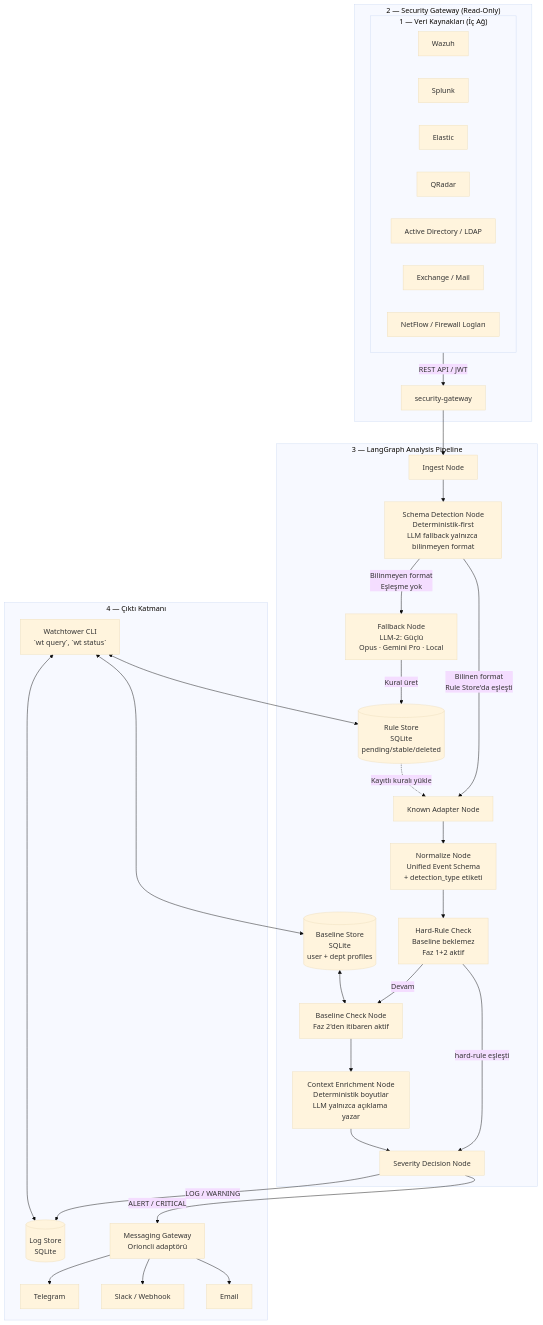
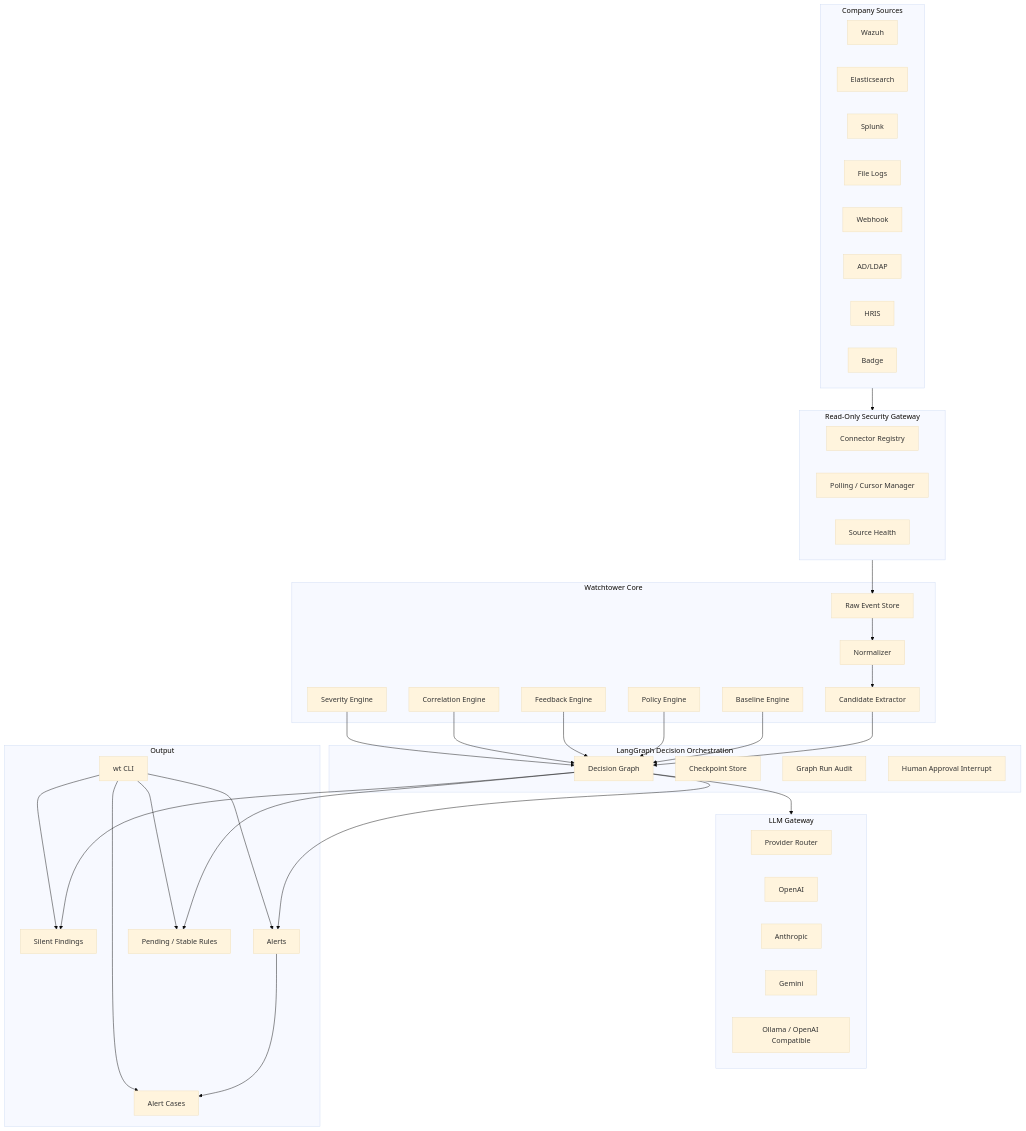
Before and after one commit to caglarkc/watchtower-demo: the diagram in watchtower-master-plan.md, drawn with Mermaid (base theme). The commit also changed other lines of this file and 5 other files, not shown here.

````diff
--- a/watchtower-master-plan.md
+++ b/watchtower-master-plan.md
@@ -115,38 +249,69 @@
 ```mermaid
 graph TD
-    subgraph Sources["1 — Veri Kaynakları (İç Ağ)"]
-        W[Wazuh] & SP[Splunk] & EL[Elastic] & QR[QRadar]
-        AD[Active Directory / LDAP] & MX[Exchange / Mail]
-        NF[NetFlow / Firewall Logları]
+    subgraph Sources["Company Sources"]
+        WZ[Wazuh]
+        ES[Elasticsearch]
+        SP[Splunk]
+        FL[File Logs]
+        WH[Webhook]
+        AD[AD/LDAP]
+        HR[HRIS]
+        BG[Badge]
     end
 
-    subgraph Gateway["2 — Security Gateway (Read-Only)"]
-        Sources -- "REST API / JWT" --> SG[security-gateway]
+    subgraph Gateway["Read-Only Security Gateway"]
+        CON[Connector Registry]
+        POLL[Polling / Cursor Manager]
+        HEALTH[Source Health]
     end
 
-    subgraph Pipeline["3 — LangGraph Analysis Pipeline"]
-        SG --> IN[Ingest Node]
-        IN --> SD[Schema Detection Node\nDeterministik-first\nLLM fallback yalnızca bilinmeyen format]
-
-        SD -- "Bilinen format\nRule Store'da eşleşti" --> KA[Known Adapter Node]
-        SD -- "Bilinmeyen format\nEşleşme yok" --> FB[Fallback Node\nLLM-2: Güçlü\nOpus · Gemini Pro · Local]
-
-        FB -- "Kural üret" --> RS[(Rule Store\nSQLite\npending/stable/deleted)]
-        RS -. "Kayıtlı kuralı yükle" .-> KA
-
-        KA --> NR[Normalize Node\nUnified Event Schema\n+ detection_type etiketi]
-        NR --> HR[Hard-Rule Check\nBaseline beklemez\nFaz 1+2 aktif]
-        HR -- "hard-rule eşleşti" --> SV
-        HR -- "Devam" --> BL[Baseline Check Node\nFaz 2'den itibaren aktif]
-        BS[(Baseline Store\nSQLite\nuser + dept profiles)] <--> BL
-        BL --> CE[Context Enrichment Node\nDeterministik boyutlar\nLLM yalnızca açıklama yazar]
-        CE --> SV[Severity Decision Node]
+    subgraph Core["Watchtower Core"]
+        RAW[Raw Event Store]
+        NORM[Normalizer]
+        CAND[Candidate Extractor]
+        BASE[Baseline Engine]
+        POL[Policy Engine]
+        FB[Feedback Engine]
+        CORR[Correlation Engine]
+        SCORE[Severity Engine]
     end
 
-    subgraph Output["4 — Çıktı Katmanı"]
-        SV -- "LOG / WARNING" --> LS[(Log Store\nSQLite)]
-        SV -- "ALERT / CRITICAL" --> MG[Messaging Gateway\nOrioncli adaptörü]
-        MG --> TG[Telegram] & SL[Slack / Webhook] & EM[Email]
-        CLI[Watchtower CLI\n`wt query`, `wt status`] <--> LS & RS & BS
+    subgraph Graph["LangGraph Decision Orchestration"]
+        DG[Decision Graph]
+        CKPT[Checkpoint Store]
+        AUD[Graph Run Audit]
+        HITL[Human Approval Interrupt]
     end
+
+    subgraph LLM["LLM Gateway"]
+        ROUTER[Provider Router]
+        OAI[OpenAI]
+        ANT[Anthropic]
+        GEM[Gemini]
+        OLL[Ollama / OpenAI Compatible]
+    end
+
+    subgraph Output["Output"]
+        SF[Silent Findings]
+        AL[Alerts]
+        CASE[Alert Cases]
+        CLI[wt CLI]
+        RULE[Pending / Stable Rules]
+    end
+
+    Sources --> Gateway --> RAW --> NORM --> CAND
+    CAND --> DG
+    BASE --> DG
+    POL --> DG
+    FB --> DG
+    CORR --> DG
+    SCORE --> DG
+    DG --> SF
+    DG --> AL --> CASE
+    DG --> RULE
+    DG --> LLM
+    CLI --> SF
+    CLI --> AL
+    CLI --> CASE
+    CLI --> RULE
 ```
````
